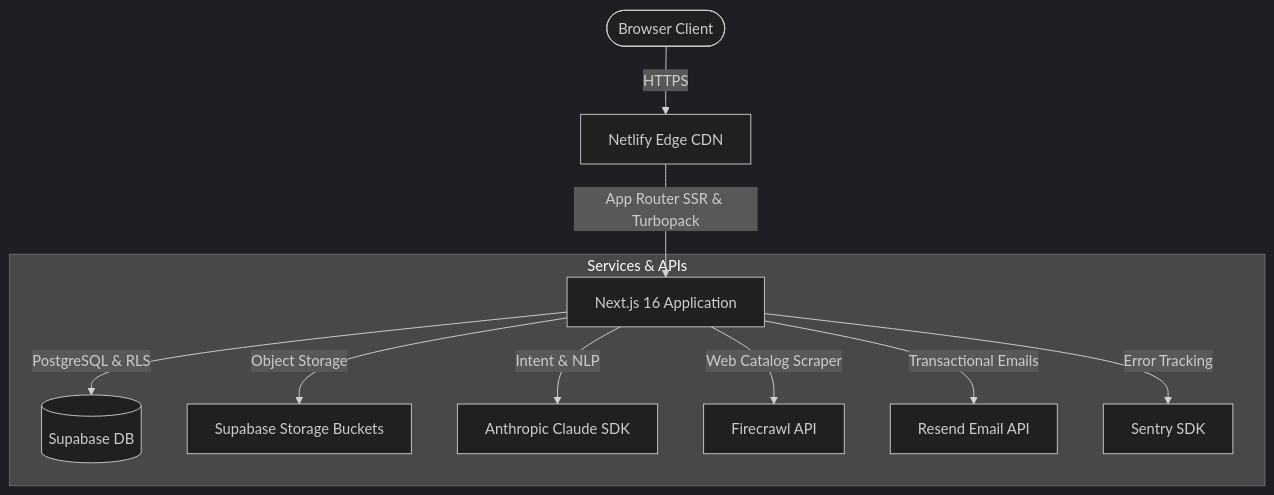
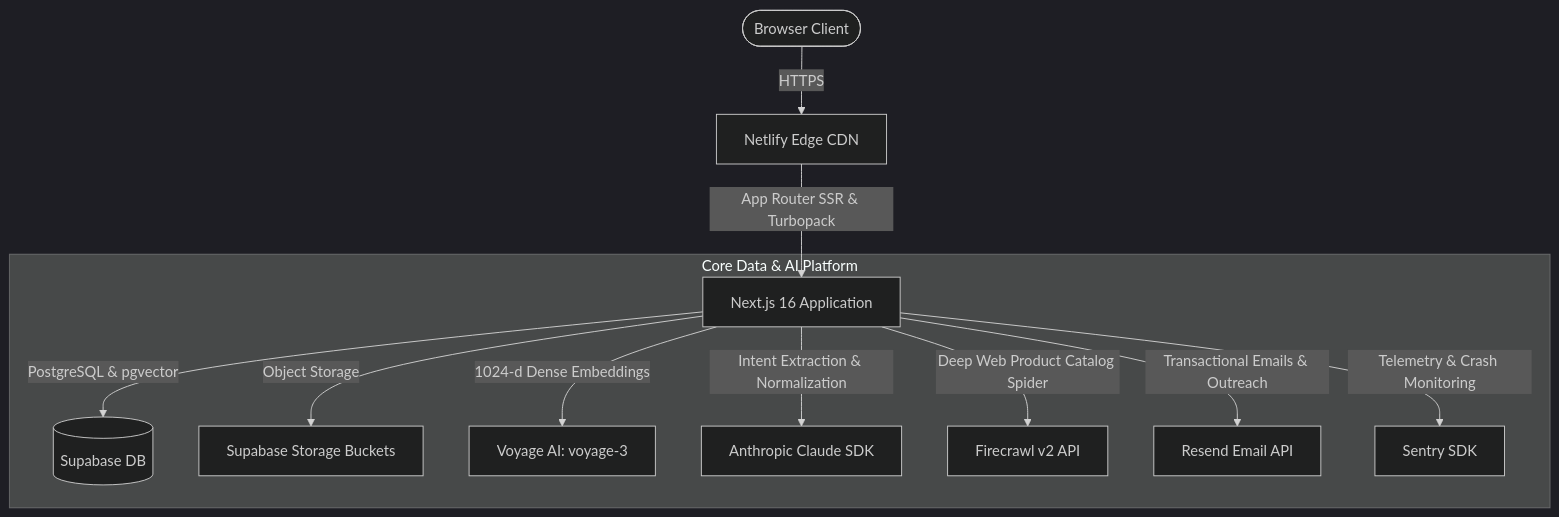
One commit to foodXchange/FDX changed the first of 4 diagrams in docs/ARCHITECTURE.md. Above: the diagram before and after it, drawn with Mermaid (dark theme). The commit also changed other lines of this file and 1 other file, not shown here.

Commit message:
docs: add Voyage AI, Firecrawl pipeline, ER schema, and buyer/seller diagrams to architecture and product story

````diff
--- a/docs/ARCHITECTURE.md
+++ b/docs/ARCHITECTURE.md
@@ -5,14 +5,15 @@
 ```mermaid
 graph TD
     User([Browser Client]) -->|HTTPS| Netlify[Netlify Edge CDN]
     Netlify -->|App Router SSR & Turbopack| NextJS[Next.js 16 Application]
     
-    subgraph Services & APIs
-        NextJS -->|PostgreSQL & RLS| Supabase[(Supabase DB)]
+    subgraph Core Data & AI Platform
+        NextJS -->|PostgreSQL & pgvector| Supabase[(Supabase DB)]
         NextJS -->|Object Storage| SStorage[Supabase Storage Buckets]
-        NextJS -->|Intent & NLP| Claude[Anthropic Claude SDK]
-        NextJS -->|Web Catalog Scraper| Firecrawl[Firecrawl API]
-        NextJS -->|Transactional Emails| Resend[Resend Email API]
-        NextJS -->|Error Tracking| Sentry[Sentry SDK]
+        NextJS -->|1024-d Dense Embeddings| Voyage[Voyage AI: voyage-3]
+        NextJS -->|Intent Extraction & Normalization| Claude[Anthropic Claude SDK]
+        NextJS -->|Deep Web Product Catalog Spider| Firecrawl[Firecrawl v2 API]
+        NextJS -->|Transactional Emails & Outreach| Resend[Resend Email API]
+        NextJS -->|Telemetry & Crash Monitoring| Sentry[Sentry SDK]
     end
 ```
````
